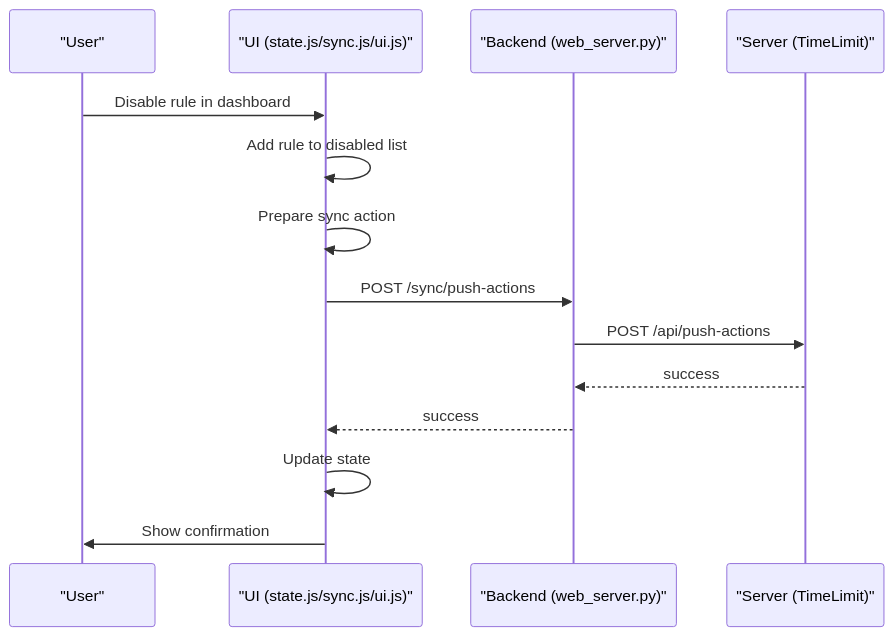
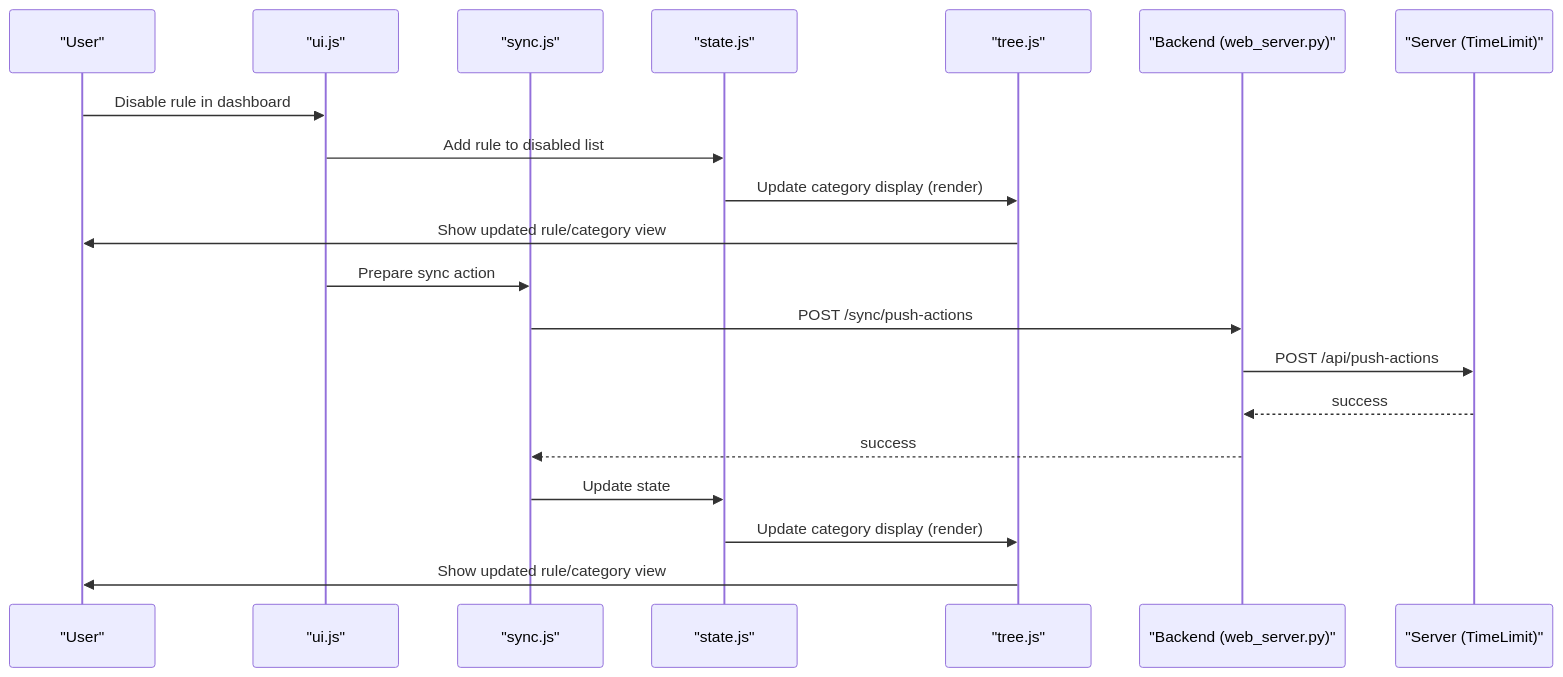
One commit to JeroenLind/timelimit-ui changed the sixth of 7 diagrams in timelimit-ui/DESIGN.md. Above: the diagram before and after it, drawn with Mermaid. The commit also changed other lines of this file, not shown here.

````diff
--- a/timelimit-ui/DESIGN.md
+++ b/timelimit-ui/DESIGN.md
@@ -218,16 +251,22 @@
 ```mermaid
 sequenceDiagram
   participant usr as "User"
-  participant ui as "UI (state.js/sync.js/ui.js)"
+  participant ui as "ui.js"
+  participant sync as "sync.js"
+  participant state as "state.js"
+  participant tree as "tree.js"
   participant be as "Backend (web_server.py)"
   participant srv as "Server (TimeLimit)"
   usr->>ui: Disable rule in dashboard
-  ui->>ui: Add rule to disabled list
-  ui->>ui: Prepare sync action
-  ui->>be: POST /sync/push-actions
+  ui->>state: Add rule to disabled list
+  state->>tree: Update category display (render)
+  tree->>usr: Show updated rule/category view
+  ui->>sync: Prepare sync action
+  sync->>be: POST /sync/push-actions
   be->>srv: POST /api/push-actions
   srv-->>be: success
-  be-->>ui: success
-  ui->>ui: Update state
-  ui->>usr: Show confirmation
+  be-->>sync: success
+  sync->>state: Update state
+  state->>tree: Update category display (render)
+  tree->>usr: Show updated rule/category view
 ```
````
